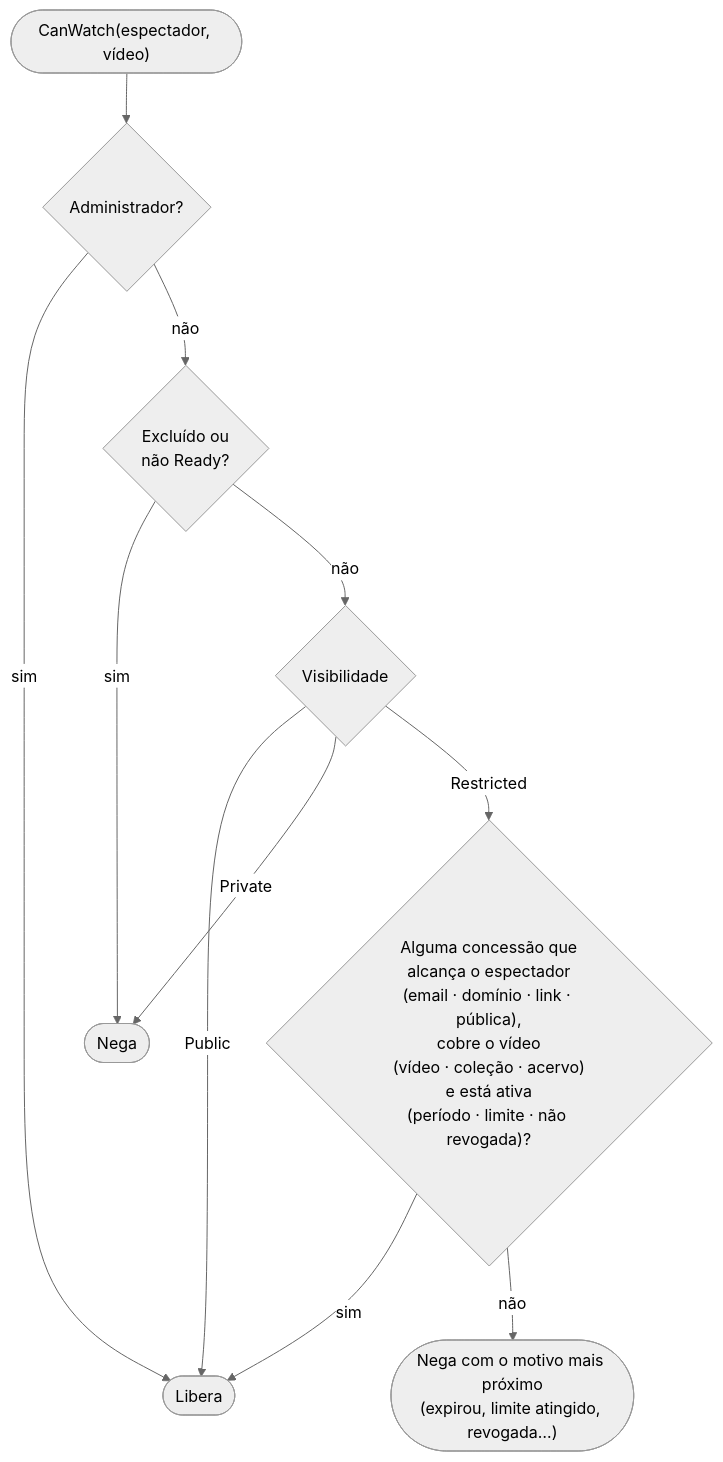
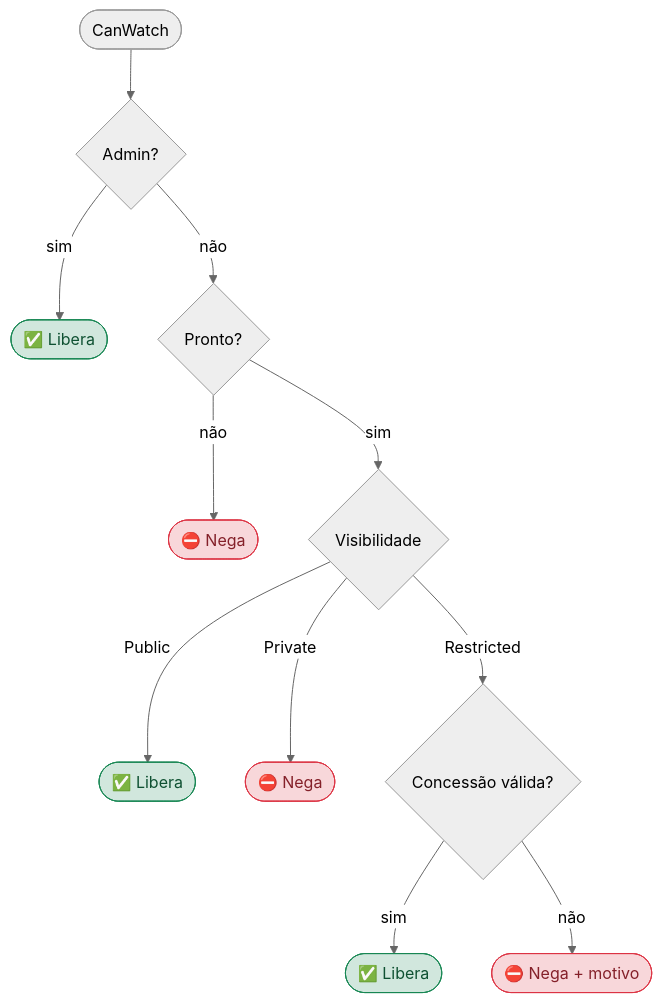
The first of 6 diagrams in README.pt.md (allanbarcelos/opentube), drawn with Mermaid (neutral theme) before and after one commit. The commit also changed other lines of this file and 1 other file, not shown here.

Commit message:
Simplifica o diagrama da decisão de acesso nos READMEs

````diff
--- a/README.pt.md
+++ b/README.pt.md
@@ -132,13 +132,18 @@
 ```mermaid
 flowchart TD
-    inicio(["CanWatch(espectador, vídeo)"]) --> admin{"Administrador?"}
-    admin -->|sim| libera(["Libera"])
-    admin -->|não| estado{"Excluído ou<br/>não Ready?"}
-    estado -->|sim| nega(["Nega"])
-    estado -->|não| vis{"Visibilidade"}
-    vis -->|Public| libera
-    vis -->|Private| nega
-    vis -->|Restricted| concessao{"Alguma concessão que<br/>alcança o espectador<br/>(email · domínio · link · pública),<br/>cobre o vídeo<br/>(vídeo · coleção · acervo)<br/>e está ativa<br/>(período · limite · não revogada)?"}
-    concessao -->|sim| libera
-    concessao -->|não| motivo(["Nega com o motivo mais próximo<br/>(expirou, limite atingido, revogada…)"])
+    inicio(["CanWatch"]) --> admin{"Admin?"}
+    admin -->|sim| a1(["✅ Libera"])
+    admin -->|não| pronto{"Pronto?"}
+    pronto -->|não| d1(["⛔ Nega"])
+    pronto -->|sim| vis{"Visibilidade"}
+    vis -->|Public| a2(["✅ Libera"])
+    vis -->|Private| d2(["⛔ Nega"])
+    vis -->|Restricted| concessao{"Concessão válida?"}
+    concessao -->|sim| a3(["✅ Libera"])
+    concessao -->|não| d3(["⛔ Nega + motivo"])
+
+    classDef allow fill:#d1e7dd,stroke:#198754,color:#0f5132
+    classDef deny fill:#f8d7da,stroke:#dc3545,color:#842029
+    class a1,a2,a3 allow
+    class d1,d2,d3 deny
 ```
````
